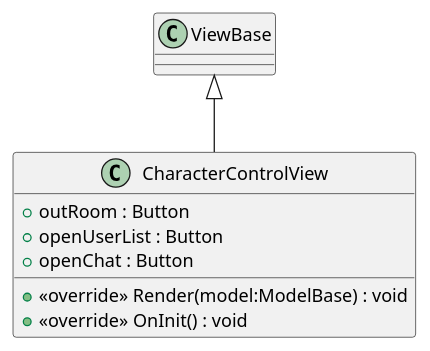
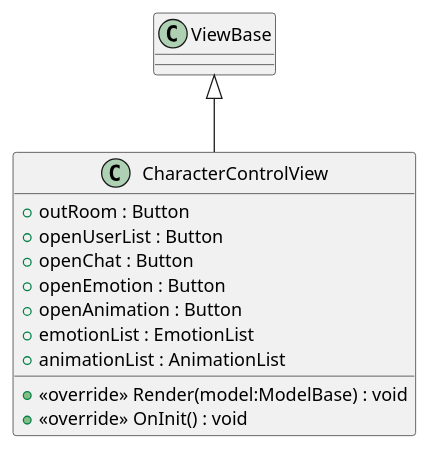
One commit to cutehusky/VirtualChat3D changed the diagram in src/Assets/Scripts/Core/OnlineRuntimeModule/CharacterControl/puml/CharacterControlView.puml. Above: the diagram before and after it, drawn with PlantUML. The commit also changed 17 other files, not shown here.

Commit message:
update readme and class diagram

```diff
--- a/src/Assets/Scripts/Core/OnlineRuntimeModule/CharacterControl/puml/CharacterControlView.puml
+++ b/src/Assets/Scripts/Core/OnlineRuntimeModule/CharacterControl/puml/CharacterControlView.puml
@@ -1,10 +1,14 @@
 @startuml
 class CharacterControlView {
     + outRoom : Button
     + openUserList : Button
     + openChat : Button
+    + openEmotion : Button
+    + openAnimation : Button
+    + emotionList : EmotionList
+    + animationList : AnimationList
     + <<override>> Render(model:ModelBase) : void
     + <<override>> OnInit() : void
 }
 ViewBase <|-- CharacterControlView
 @enduml
```
